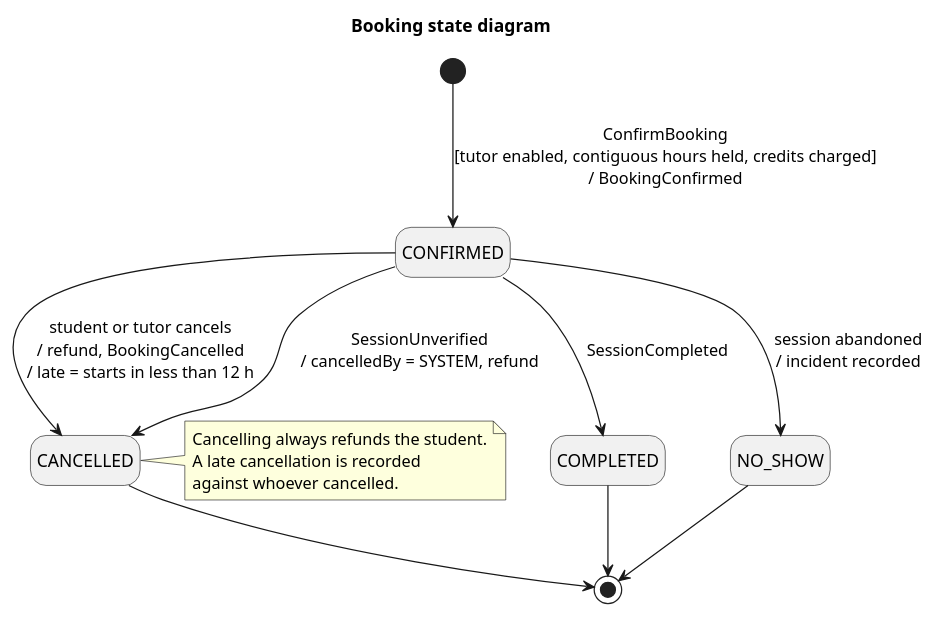
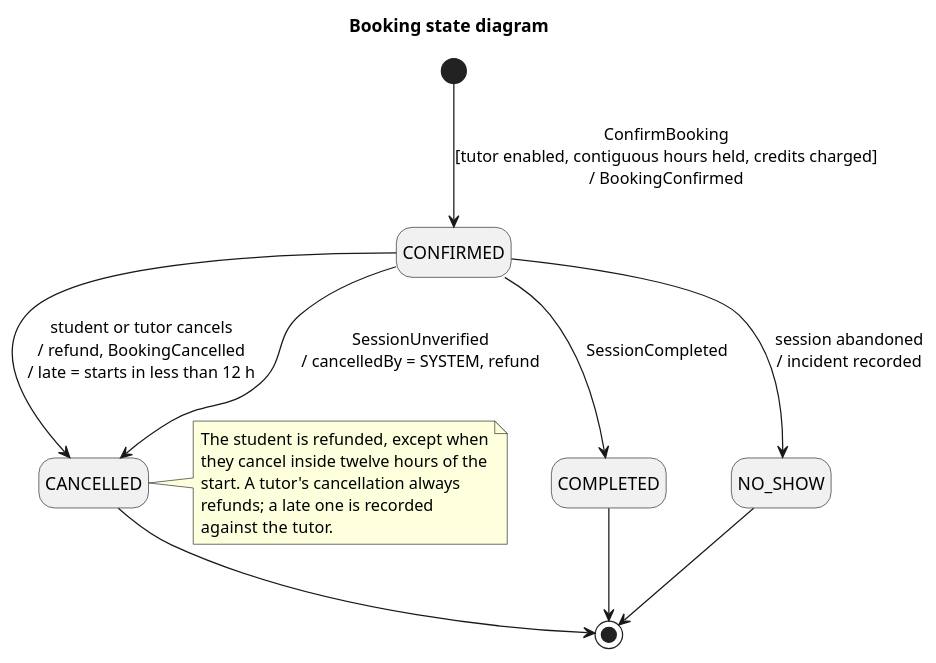
Before and after one commit to ayni-team/ayni: the diagram in docs/architecture/uml/state-booking.puml, drawn with PlantUML. The commit also changed 1 other file, not shown here.

Commit message:
docs: say when a cancellation refunds in the refund use case and the booking state diagram (US05)

```diff
--- a/docs/architecture/uml/state-booking.puml
+++ b/docs/architecture/uml/state-booking.puml
@@ -1,21 +1,23 @@
 @startuml state-booking
 title Booking state diagram
 hide empty description
 
 [*] --> CONFIRMED : ConfirmBooking\n[tutor enabled, contiguous hours held, credits charged]\n/ BookingConfirmed
 
 CONFIRMED --> CANCELLED : student or tutor cancels\n/ refund, BookingCancelled\n/ late = starts in less than 12 h
 CONFIRMED --> CANCELLED : SessionUnverified\n/ cancelledBy = SYSTEM, refund
 CONFIRMED --> COMPLETED : SessionCompleted
 CONFIRMED --> NO_SHOW : session abandoned\n/ incident recorded
 
 CANCELLED --> [*]
 COMPLETED --> [*]
 NO_SHOW --> [*]
 
 note right of CANCELLED
-  Cancelling always refunds the student.
-  A late cancellation is recorded
-  against whoever cancelled.
+  The student is refunded, except when
+  they cancel inside twelve hours of the
+  start. A tutor's cancellation always
+  refunds; a late one is recorded
+  against the tutor.
 end note
 @enduml
```
